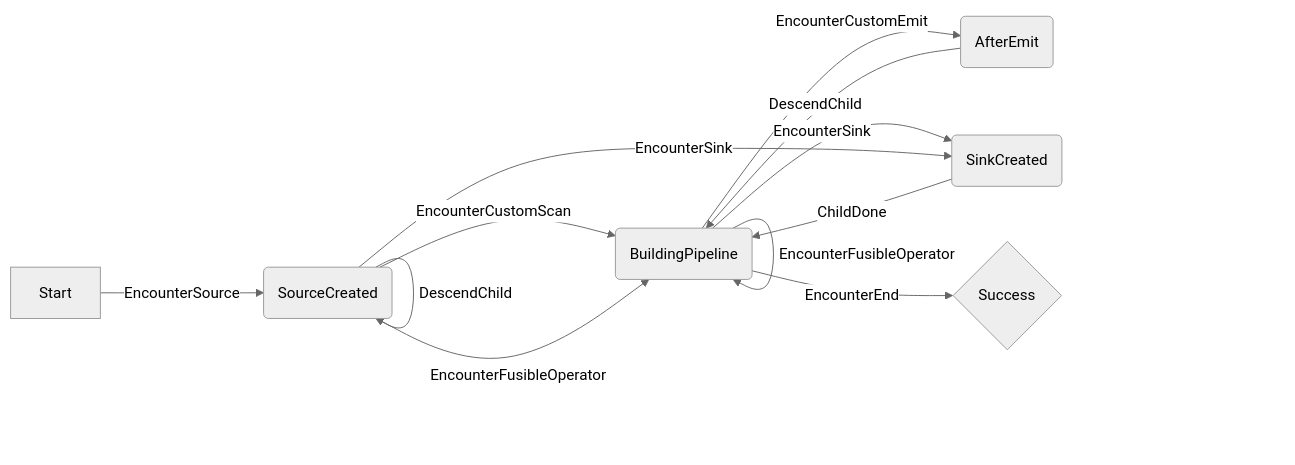
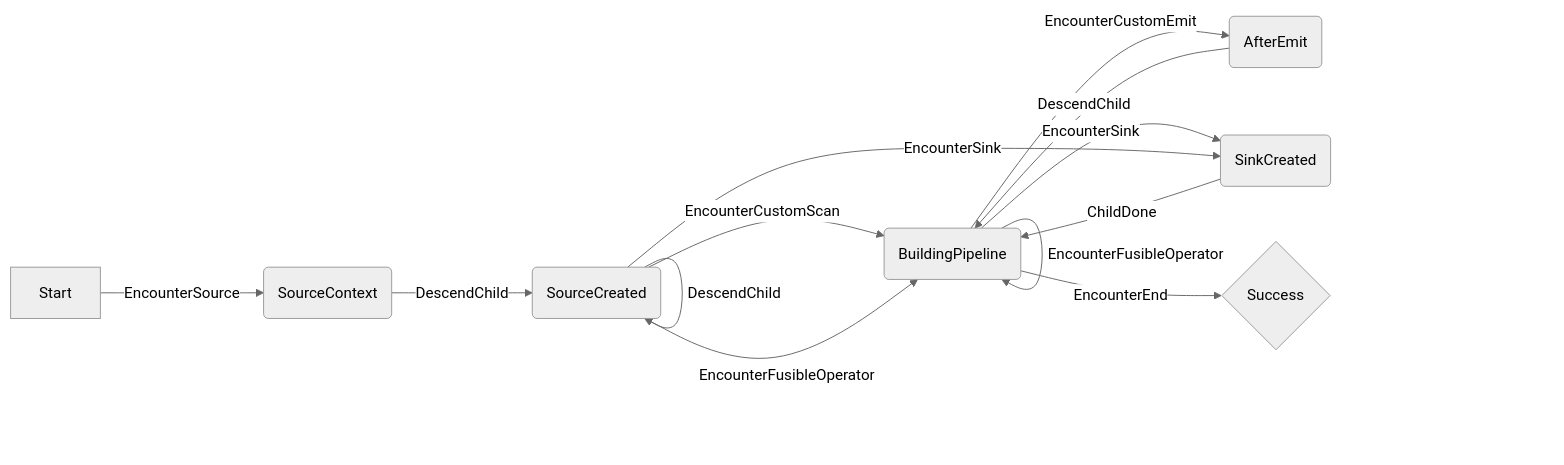
The diagram in nes-query-compiler/private/Phases/PipelineBuilder/README.md (nebulastream/nebulastream), drawn with Mermaid (neutral theme) before and after one commit. The commit also changed 2 other files, not shown here.

Commit message:
chore(PipelineBuilder): fixed unused invariant check

````diff
--- a/nes-query-compiler/private/Phases/PipelineBuilder/README.md
+++ b/nes-query-compiler/private/Phases/PipelineBuilder/README.md
@@ -3,28 +3,31 @@
 ``` mermaid
 flowchart LR
     A[Start]
     B(BuildingPipeline)
     C(AfterEmit)
     D(SourceCreated)
     E(SinkCreated)
     F{Success}
+    G(SourceContext)
 
-    A --> | EncounterSource | D
+    A --> | EncounterSource | G
+    
+    G --> | DescendChild | D
 
     B --> | DescendChild | B
     B --> | ChildDone | B
     B --> | EncounterCustomScan | B
     B --> | EncounterCustomEmit  | C
     B --> | EncounterSink | E
     B --> | EncounterFusibleOperator | B
     B --> | EncounterEnd | F
 
     C --> | DescendChild | B
 
     D --> | DescendChild | D
     D --> | EncounterCustomScan  | B
     D --> | EncounterSink | E
     D --> | EncounterFusibleOperator | B
 
     E --> | ChildDone | B
 ```
````
